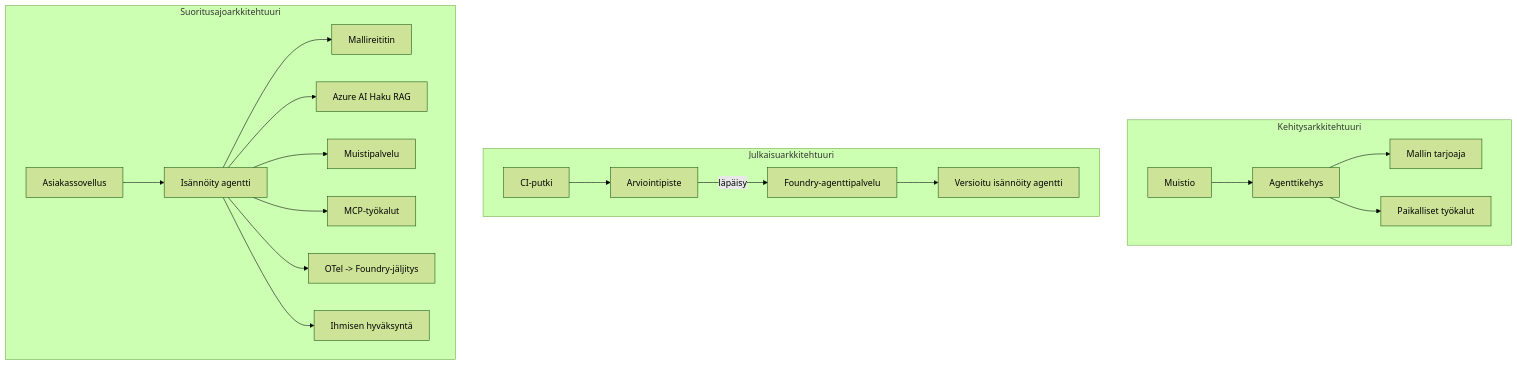
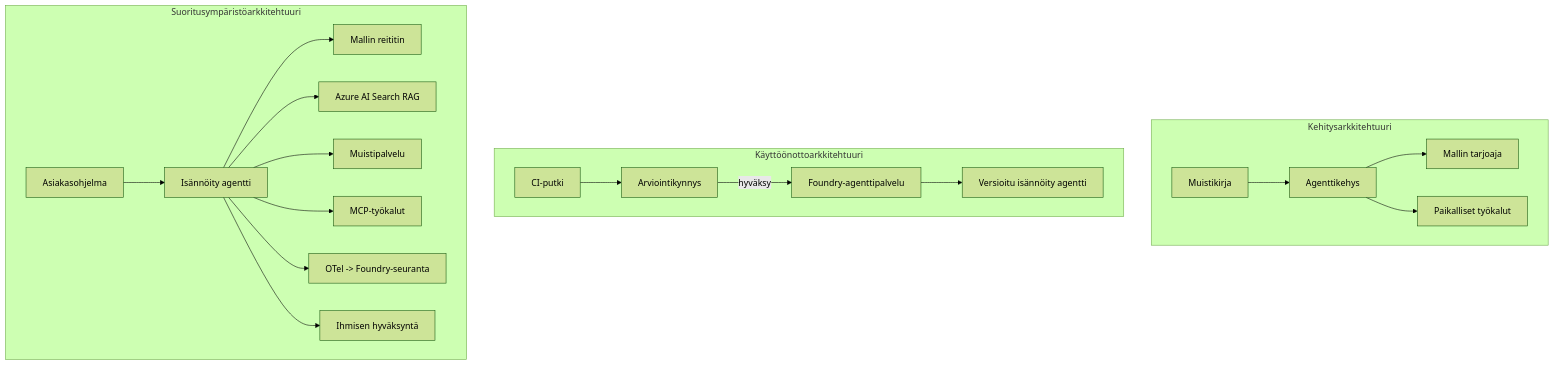
The fourth of 4 diagrams in mirrors/repos/microsoft@ai-agents-for-beginners/translations/fi/16-deploying-scalable-agents/README.md (gabrielmoreira/agent-skills-mirror), drawn with Mermaid (forest theme) before and after one commit. The commit also changed other lines of this file and 3581 other files, not shown here.

````diff
--- a/mirrors/repos/microsoft@ai-agents-for-beginners/translations/fi/16-deploying-scalable-agents/README.md
+++ b/mirrors/repos/microsoft@ai-agents-for-beginners/translations/fi/16-deploying-scalable-agents/README.md
@@ -185,22 +185,22 @@
 ```mermaid
 flowchart TB
     subgraph Dev[Kehitysarkkitehtuuri]
-        D1[Muistio] --> D2[Agenttikehys]
+        D1[Muistikirja] --> D2[Agenttikehys]
         D2 --> D3[Mallin tarjoaja]
         D2 --> D4[Paikalliset työkalut]
     end
-    subgraph Deploy[Julkaisuarkkitehtuuri]
-        E1[CI-putki] --> E2[Arviointipiste]
-        E2 -->|läpäisy| E3[Foundry-agenttipalvelu]
+    subgraph Deploy[Käyttöönottoarkkitehtuuri]
+        E1[CI-putki] --> E2[Arviointikynnys]
+        E2 -->|hyväksy| E3[Foundry-agenttipalvelu]
         E3 --> E4[Versioitu isännöity agentti]
     end
-    subgraph Run[Suoritusajoarkkitehtuuri]
-        F1[Asiakassovellus] --> F2[Isännöity agentti]
-        F2 --> F3[Mallireititin]
-        F2 --> F4[Azure AI Haku RAG]
+    subgraph Run[Suoritusympäristöarkkitehtuuri]
+        F1[Asiakasohjelma] --> F2[Isännöity agentti]
+        F2 --> F3[Mallin reititin]
+        F2 --> F4[Azure AI Search RAG]
         F2 --> F5[Muistipalvelu]
         F2 --> F6[MCP-työkalut]
-        F2 --> F7[OTel -> Foundry-jäljitys]
+        F2 --> F7[OTel -> Foundry-seuranta]
         F2 --> F8[Ihmisen hyväksyntä]
     end
 ```
````
